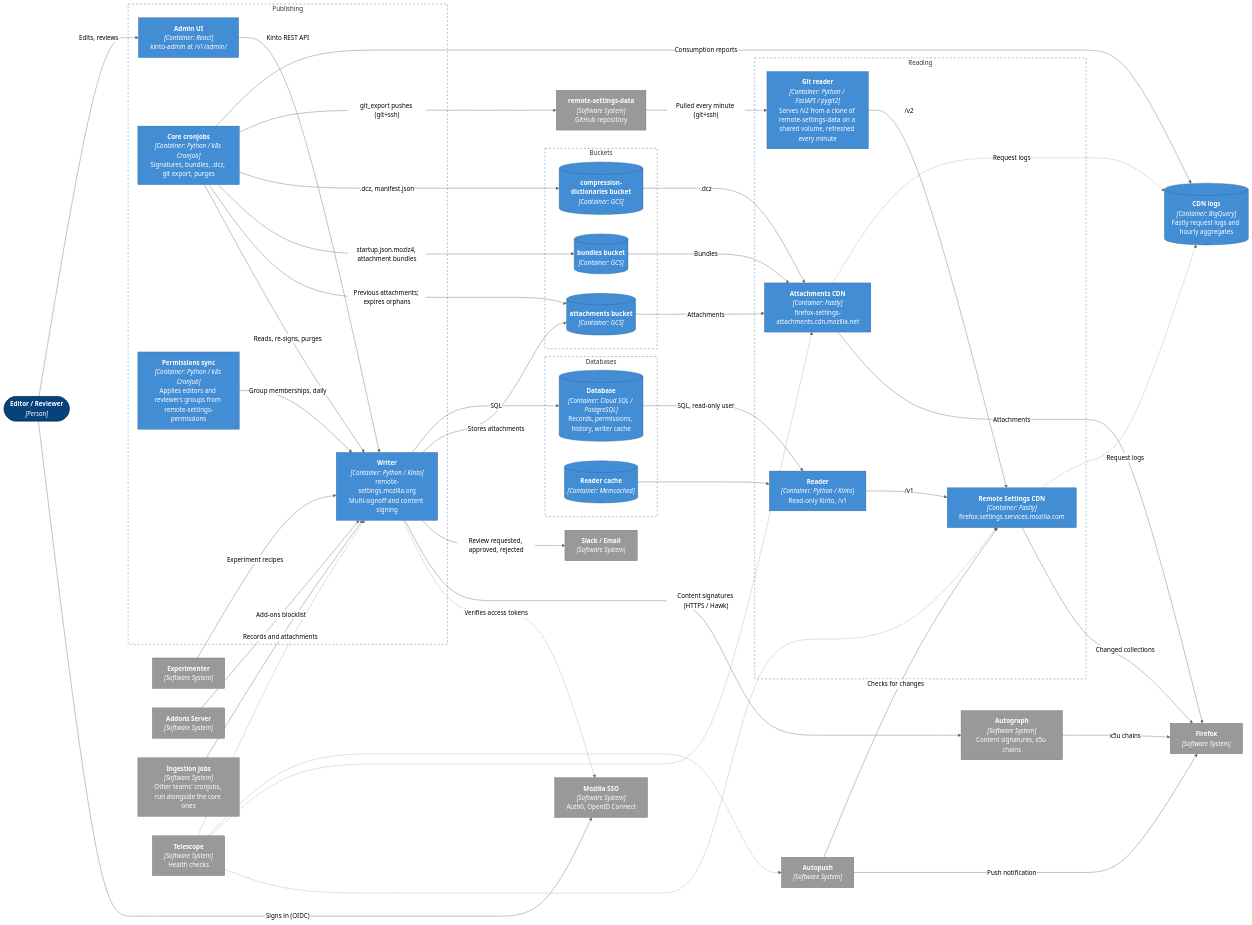
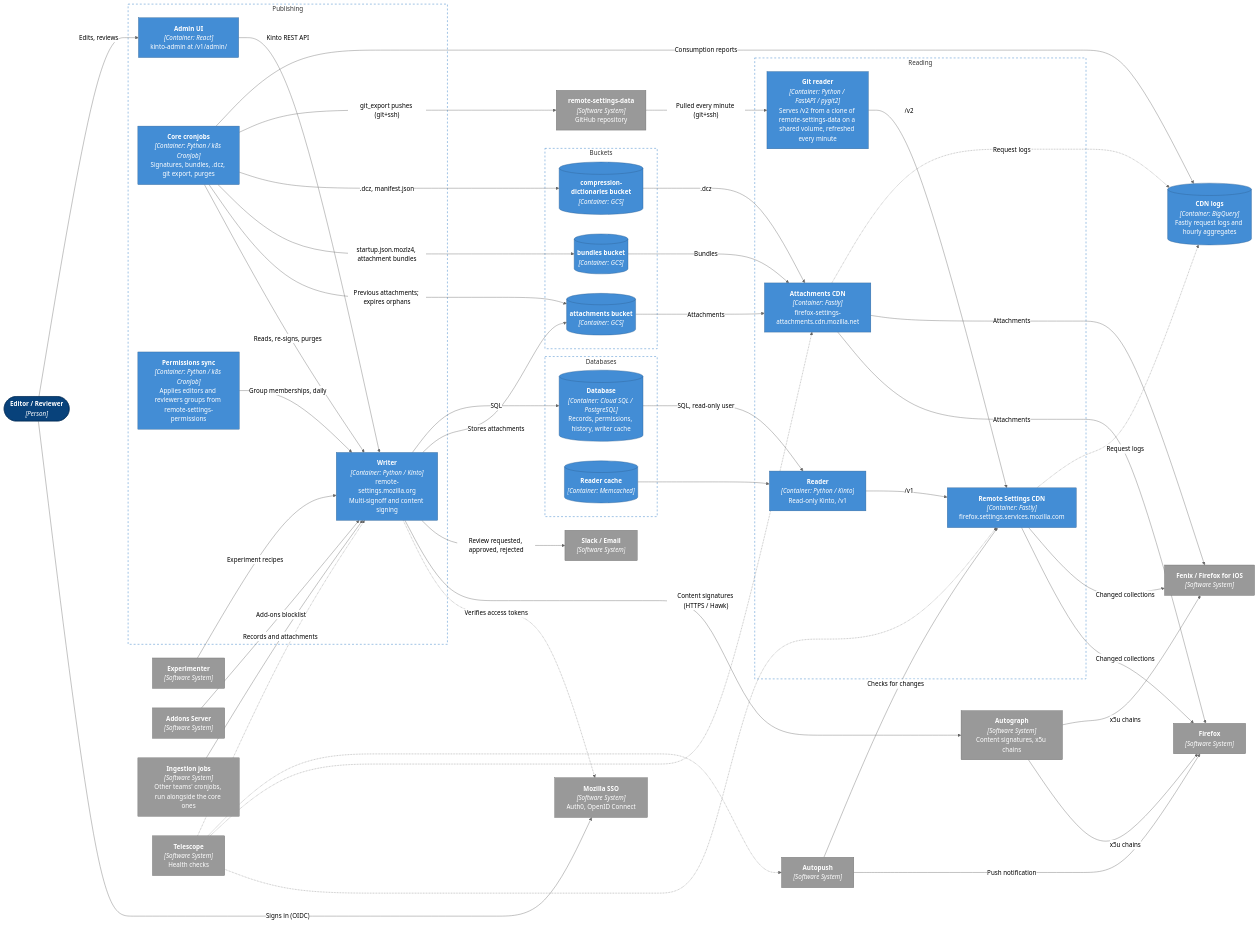
Before and after one commit to mozilla/remote-settings: the diagram in docs/architecture/diagrams/containers.mmd, drawn with Mermaid (neutral theme). The commit also changed 5 other files, not shown here.

```diff
--- a/docs/architecture/diagrams/containers.mmd
+++ b/docs/architecture/diagrams/containers.mmd
@@ -1,145 +1,151 @@
 %% Labels are markdown strings. Logos come from a `logo-*` class on a node (see
 %% docs/_static/mermaid.css).
 flowchart LR
   classDef person fill:#08427b,stroke:#052e56,color:#fff
   classDef container fill:#438dd5,stroke:#2e6295,color:#fff
   classDef external fill:#999999,stroke:#6b6b6b,color:#fff
 
   editor(["`**Editor / Reviewer**
   *[Person]*`"]):::person
   sso["`**Mozilla SSO**
   *[Software System]*
   Auth0, OpenID Connect`"]:::external
   class sso logo-auth0
   experimenter["`**Experimenter**
   *[Software System]*`"]:::external
   addons["`**Addons Server**
   *[Software System]*`"]:::external
   ingestion["`**Ingestion jobs**
   *[Software System]*
   Other teams' cronjobs, run alongside the core ones`"]:::external
 
   subgraph publishing [Publishing]
     adminUi["`**Admin UI**
     *[Container: React]*
     kinto-admin at /v1/admin/`"]:::container
     class adminUi logo-kinto
     writer["`**Writer**
     *[Container: Python / Kinto]*
     remote-settings.mozilla.org
     Multi-signoff and content signing`"]:::container
     class writer logo-kinto
     cronjobs["`**Core cronjobs**
     *[Container: Python / k8s CronJob]*
     Signatures, bundles, .dcz, git export, purges`"]:::container
     permissions["`**Permissions sync**
     *[Container: Python / k8s CronJob]*
     Applies editors and reviewers groups from remote-settings-permissions`"]:::container
   end
   subgraph databases [Databases]
     postgres[("`**Database**
     *[Container: Cloud SQL / PostgreSQL]*
     Records, permissions, history, writer cache`")]:::container
     class postgres logo-postgresql
     memcached[("`**Reader cache**
     *[Container: Memcached]*`")]:::container
     class memcached logo-memcached
   end
   subgraph buckets [Buckets]
     gcsAttachments[("`**attachments bucket**
     *[Container: GCS]*`")]:::container
     gcsBundles[("`**bundles bucket**
     *[Container: GCS]*`")]:::container
     gcsDictionaries[("`**compression-dictionaries bucket**
     *[Container: GCS]*`")]:::container
     class gcsAttachments,gcsBundles,gcsDictionaries logo-gcs
   end
   bigquery[("`**CDN logs**
   *[Container: BigQuery]*
   Fastly request logs and hourly aggregates`")]:::container
   class bigquery logo-bigquery
   subgraph reading [Reading]
     reader["`**Reader**
     *[Container: Python / Kinto]*
     Read-only Kinto, /v1`"]:::container
     class reader logo-kinto
     gitReader["`**Git reader**
     *[Container: Python / FastAPI / pygit2]*
     Serves /v2 from a clone of remote-settings-data on a shared volume, refreshed every minute`"]:::container
     settingsCdn["`**Remote Settings CDN**
     *[Container: Fastly]*
     firefox.settings.services.mozilla.com`"]:::container
     attachmentsCdn["`**Attachments CDN**
     *[Container: Fastly]*
     firefox-settings-attachments.cdn.mozilla.net`"]:::container
     class settingsCdn,attachmentsCdn logo-fastly
   end
 
   firefox["`**Firefox**
   *[Software System]*`"]:::external
   class firefox logo-firefox
+  mobile["`**Fenix / Firefox for iOS**
+  *[Software System]*`"]:::external
+  class mobile logo-mobile
   autopush["`**Autopush**
   *[Software System]*`"]:::external
   autograph["`**Autograph**
   *[Software System]*
   Content signatures, x5u chains`"]:::external
   github["`**remote-settings-data**
   *[Software System]*
   GitHub repository`"]:::external
   class github logo-github
   notifications["`**Slack / Email**
   *[Software System]*`"]:::external
   class notifications logo-slack
   telescope["`**Telescope**
   *[Software System]*
   Health checks`"]:::external
 
   %% Publishing
   editor -->|"Signs in (OIDC)"| sso
   editor -->|"Edits, reviews"| adminUi
   adminUi -->|"Kinto REST API"| writer
   experimenter -->|"Experiment recipes"| writer
   addons -->|"Add-ons blocklist"| writer
   ingestion -->|"Records and attachments"| writer
   permissions -->|"Group memberships, daily"| writer
   writer -.->|"Verifies access tokens"| sso
   writer -->|"Content signatures (HTTPS / Hawk)"| autograph
   writer -->|"Review requested, approved, rejected"| notifications
   writer -->|"Stores attachments"| gcsAttachments
   writer -->|"SQL"| postgres
 
   %% Cronjobs, git export
   cronjobs -->|"Reads, re-signs, purges"| writer
   cronjobs -->|"Previous attachments; expires orphans"| gcsAttachments
   cronjobs -->|"startup.json.mozlz4, attachment bundles"| gcsBundles
   cronjobs -->|".dcz, manifest.json"| gcsDictionaries
   cronjobs -->|"git_export pushes (git+ssh)"| github
   cronjobs -->|"Consumption reports"| bigquery
 
   %% Reading
   postgres -->|"SQL, read-only user"| reader
   memcached --> reader
   reader -->|"/v1"| settingsCdn
   gitReader -->|"/v2"| settingsCdn
   github -->|"Pulled every minute (git+ssh)"| gitReader
   gcsAttachments -->|"Attachments"| attachmentsCdn
   gcsBundles -->|"Bundles"| attachmentsCdn
   gcsDictionaries -->|".dcz"| attachmentsCdn
   settingsCdn -->|"Changed collections"| firefox
   attachmentsCdn -->|"Attachments"| firefox
   autograph -->|"x5u chains"| firefox
+  settingsCdn -->|"Changed collections"| mobile
+  attachmentsCdn -->|"Attachments"| mobile
+  autograph -->|"x5u chains"| mobile
   autopush -->|"Checks for changes"| settingsCdn
   autopush -->|"Push notification"| firefox
 
   %% Monitoring
   settingsCdn -.->|"Request logs"| bigquery
   attachmentsCdn -.->|"Request logs"| bigquery
   telescope -.-> writer
   telescope -.-> settingsCdn
   telescope -.-> attachmentsCdn
   telescope -.-> autopush
 
   style publishing fill:none,stroke:#1168bd,stroke-dasharray:5 5
   style databases fill:none,stroke:#1168bd,stroke-dasharray:5 5
   style buckets fill:none,stroke:#1168bd,stroke-dasharray:5 5
   style reading fill:none,stroke:#1168bd,stroke-dasharray:5 5
```
